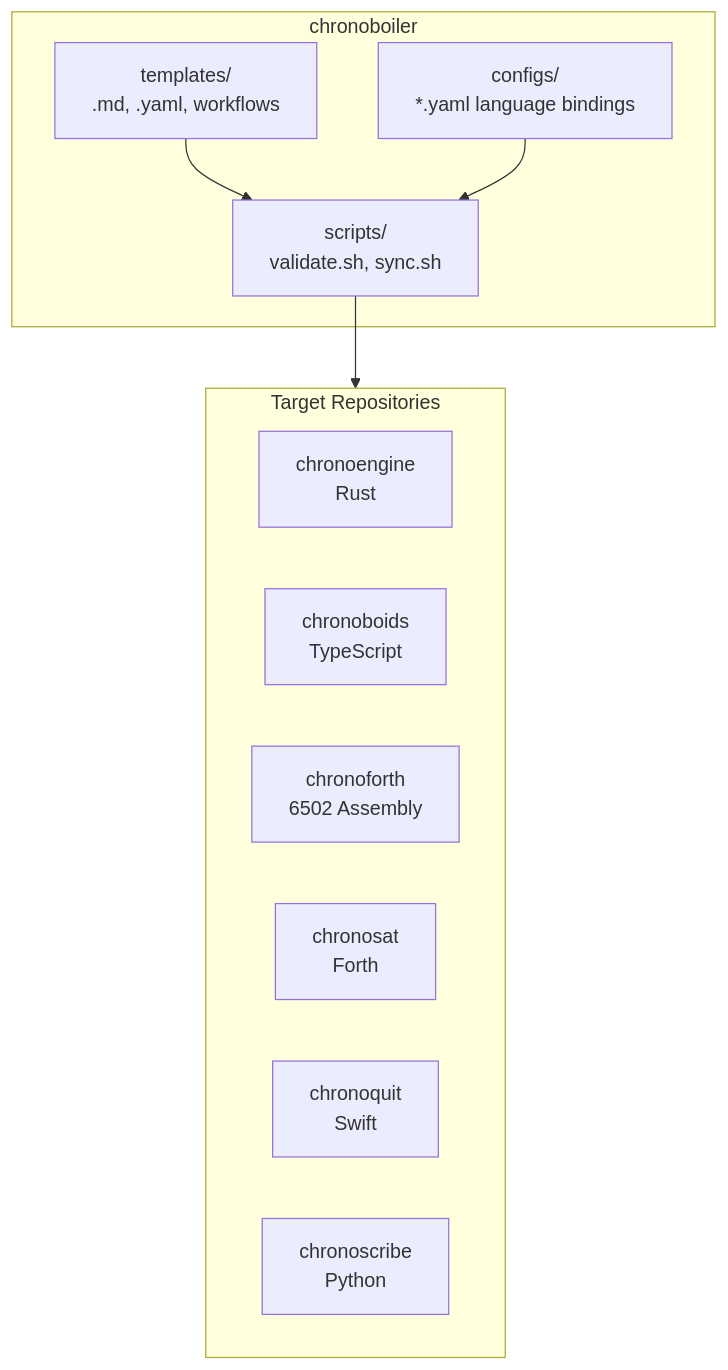
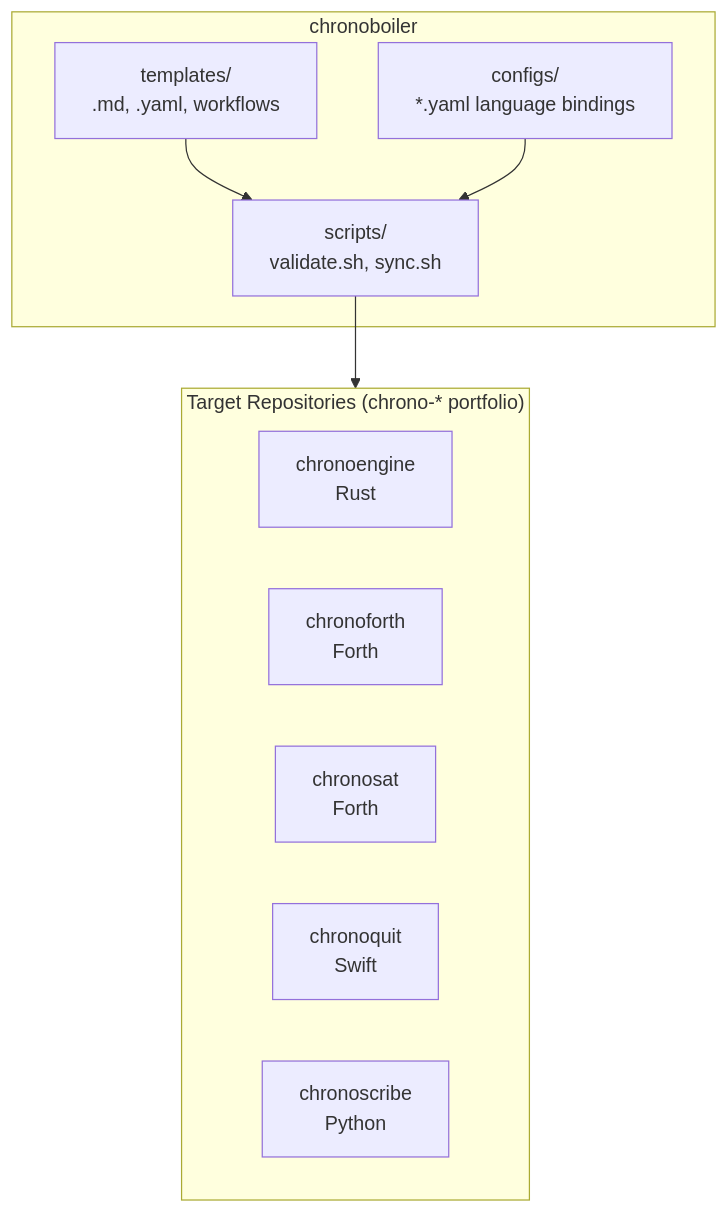
Before and after one commit to chronomancy-io/chronoboiler: the first of 3 diagrams in ARCHITECTURE.md, drawn with Mermaid. The commit also changed other lines of this file and 4 other files, not shown here.

````diff
--- a/ARCHITECTURE.md
+++ b/ARCHITECTURE.md
@@ -11,21 +14,20 @@
 ```mermaid
 graph TB
     subgraph chronoboiler["chronoboiler"]
         templates["templates/<br/>.md, .yaml, workflows"]
         scripts["scripts/<br/>validate.sh, sync.sh"]
         configs["configs/<br/>*.yaml language bindings"]
     end
 
-    subgraph targets["Target Repositories"]
+    subgraph targets["Target Repositories (chrono-* portfolio)"]
         chronoengine["chronoengine<br/>Rust"]
-        chronoboids["chronoboids<br/>TypeScript"]
-        chronoforth["chronoforth<br/>6502 Assembly"]
+        chronoforth["chronoforth<br/>Forth"]
         chronosat["chronosat<br/>Forth"]
         chronoquit["chronoquit<br/>Swift"]
         chronoscribe["chronoscribe<br/>Python"]
     end
 
     templates --> scripts
     configs --> scripts
     scripts --> targets
 ```
````
